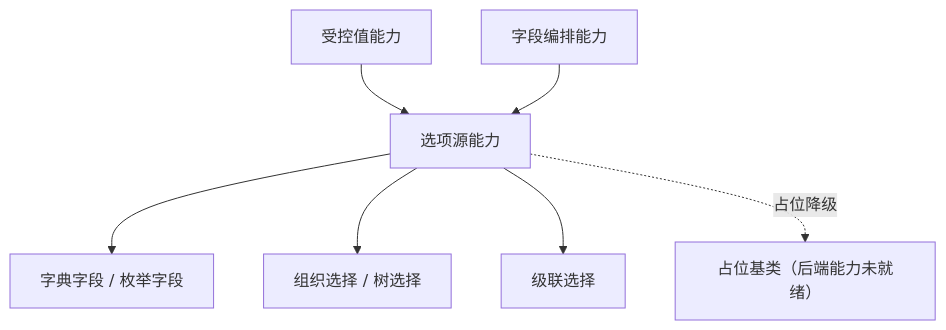
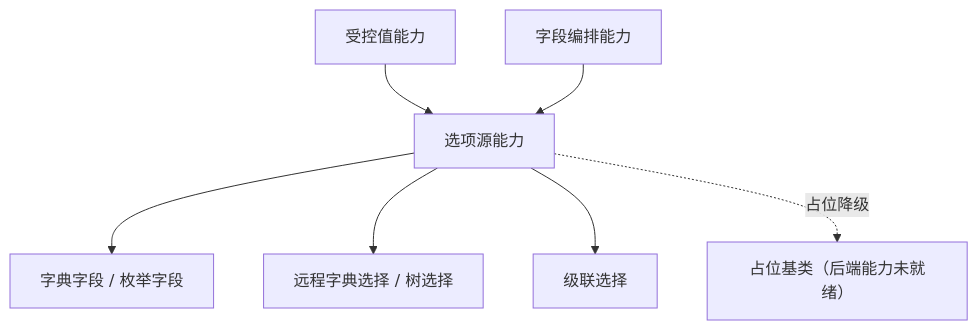
The diagram in bms文档/设计/组件设计/02_基础组件类/02_能力类/12_组件设计_选项源能力/12_组件设计_选项源能力.md (minjian123/basic-management-system), drawn with Mermaid before and after one commit. The commit also changed other lines of this file and 501 other files, not shown here.

````diff
--- a/bms文档/设计/组件设计/02_基础组件类/02_能力类/12_组件设计_选项源能力/12_组件设计_选项源能力.md
+++ b/bms文档/设计/组件设计/02_基础组件类/02_能力类/12_组件设计_选项源能力/12_组件设计_选项源能力.md
@@ -16,9 +16,9 @@
 ```mermaid
 flowchart TD
     V["受控值能力"] --> OS["选项源能力"]
     F["字段编排能力"] --> OS
     OS --> D["字典字段 / 枚举字段"]
-    OS --> O["组织选择 / 树选择"]
+    OS --> O["远程字典选择 / 树选择"]
     OS --> C["级联选择"]
     OS -. 占位降级 .-> PH["占位基类（后端能力未就绪）"]
 ```
````
